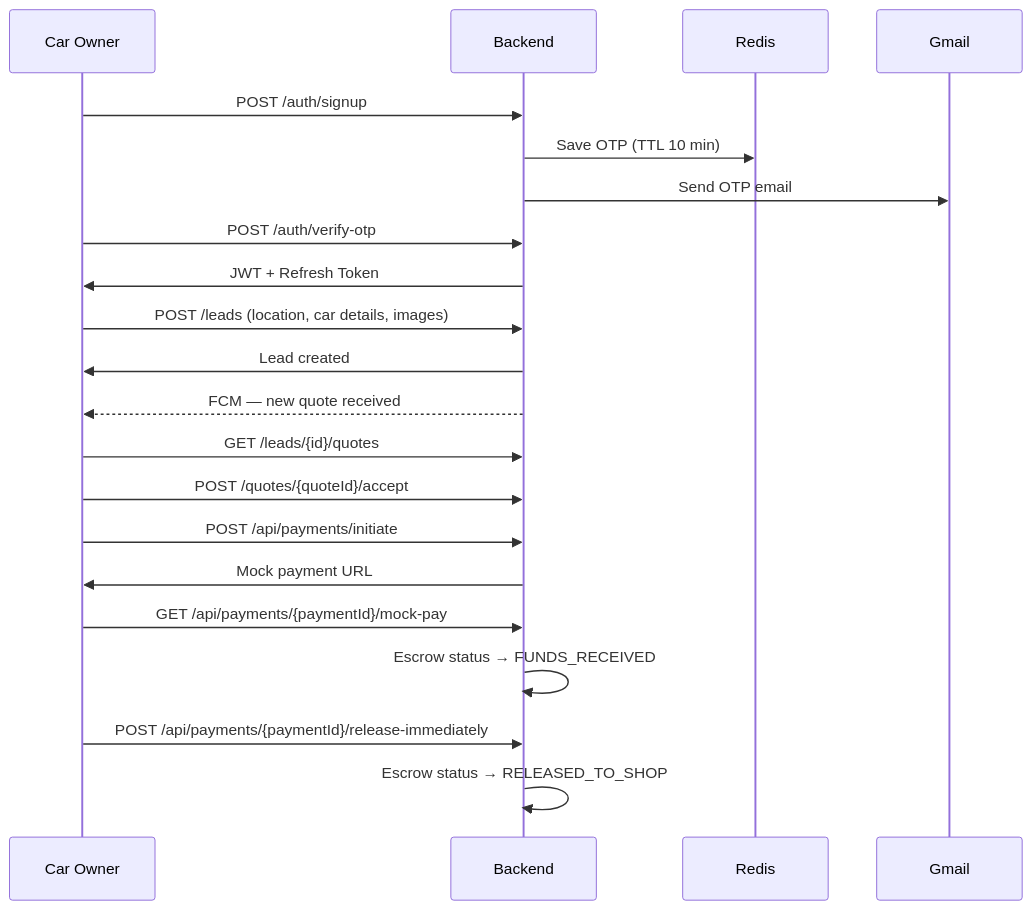
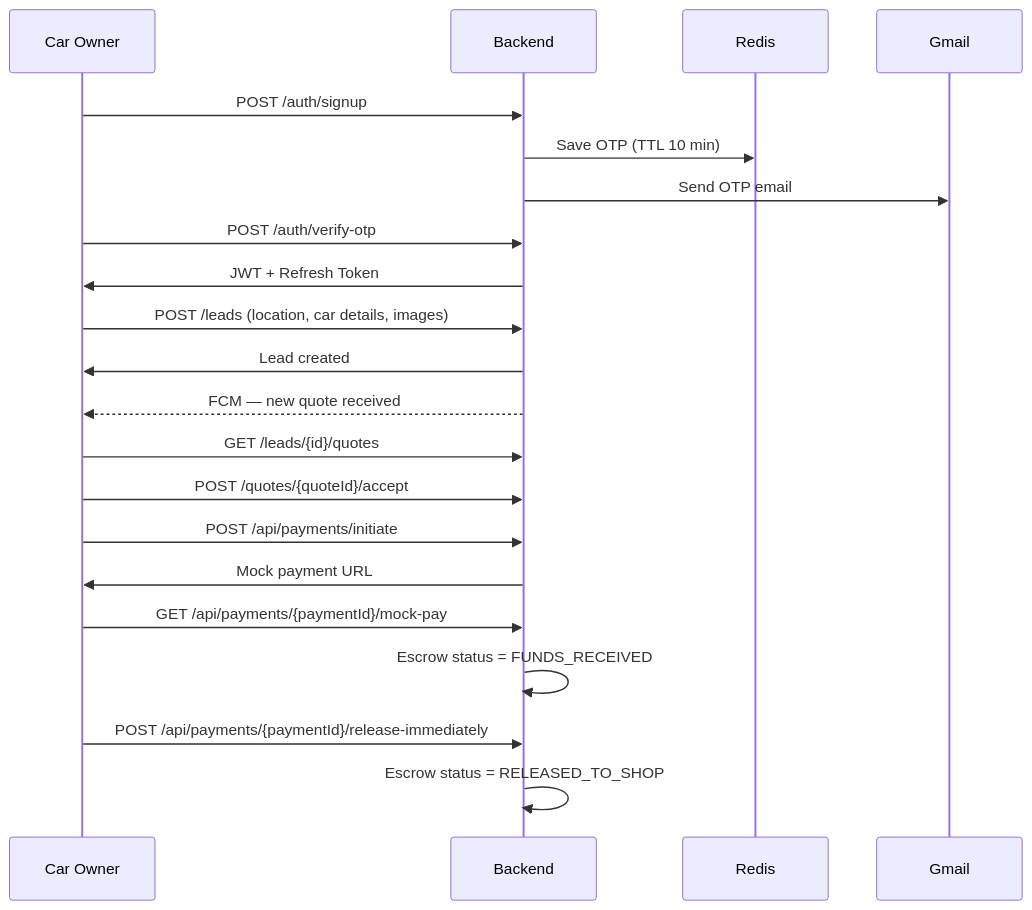
Before and after one commit to ShahidOulanMansha786/repairo-backend: the second of 5 diagrams in README.md, drawn with Mermaid. The commit also changed other lines of this file, not shown here.

First line of the commit message:
Revise API endpoints and architecture in README

````diff
--- a/README.md
+++ b/README.md
@@ -47,29 +47,29 @@
 ```mermaid
 sequenceDiagram
     participant CO as Car Owner
     participant BE as Backend
     participant Redis
     participant Gmail
 
     CO->>BE: POST /auth/signup
     BE->>Redis: Save OTP (TTL 10 min)
     BE->>Gmail: Send OTP email
     CO->>BE: POST /auth/verify-otp
     BE->>CO: JWT + Refresh Token
 
     CO->>BE: POST /leads (location, car details, images)
     BE->>CO: Lead created
 
     BE-->>CO: FCM — new quote received
     CO->>BE: GET /leads/{id}/quotes
     CO->>BE: POST /quotes/{quoteId}/accept
 
     CO->>BE: POST /api/payments/initiate
     BE->>CO: Mock payment URL
 
     CO->>BE: GET /api/payments/{paymentId}/mock-pay
-    BE->>BE: Escrow status → FUNDS_RECEIVED
+    BE->>BE: Escrow status = FUNDS_RECEIVED
 
     CO->>BE: POST /api/payments/{paymentId}/release-immediately
-    BE->>BE: Escrow status → RELEASED_TO_SHOP
+    BE->>BE: Escrow status = RELEASED_TO_SHOP
 ```
````
